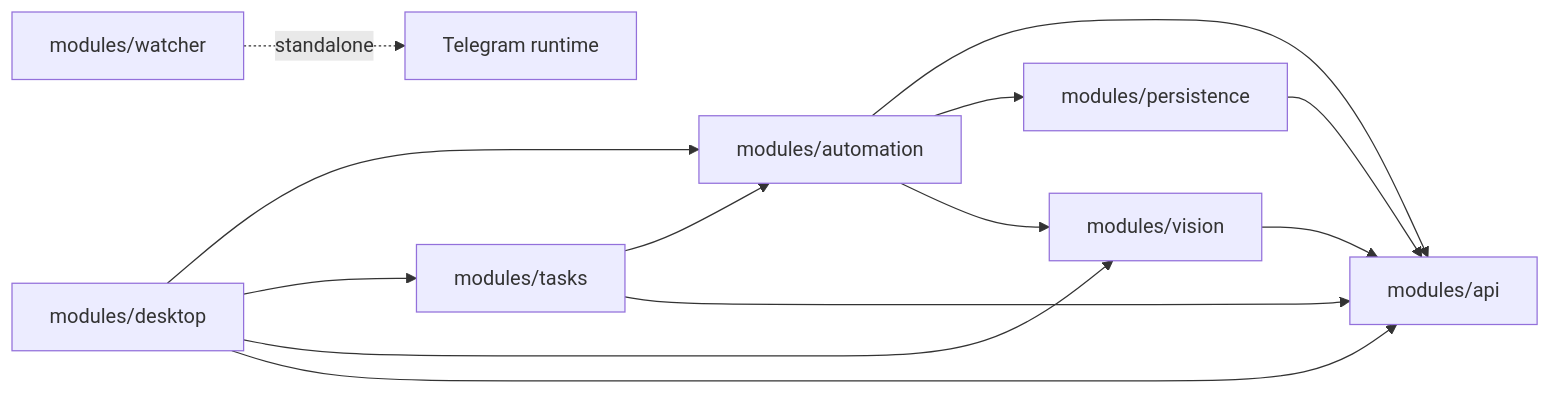
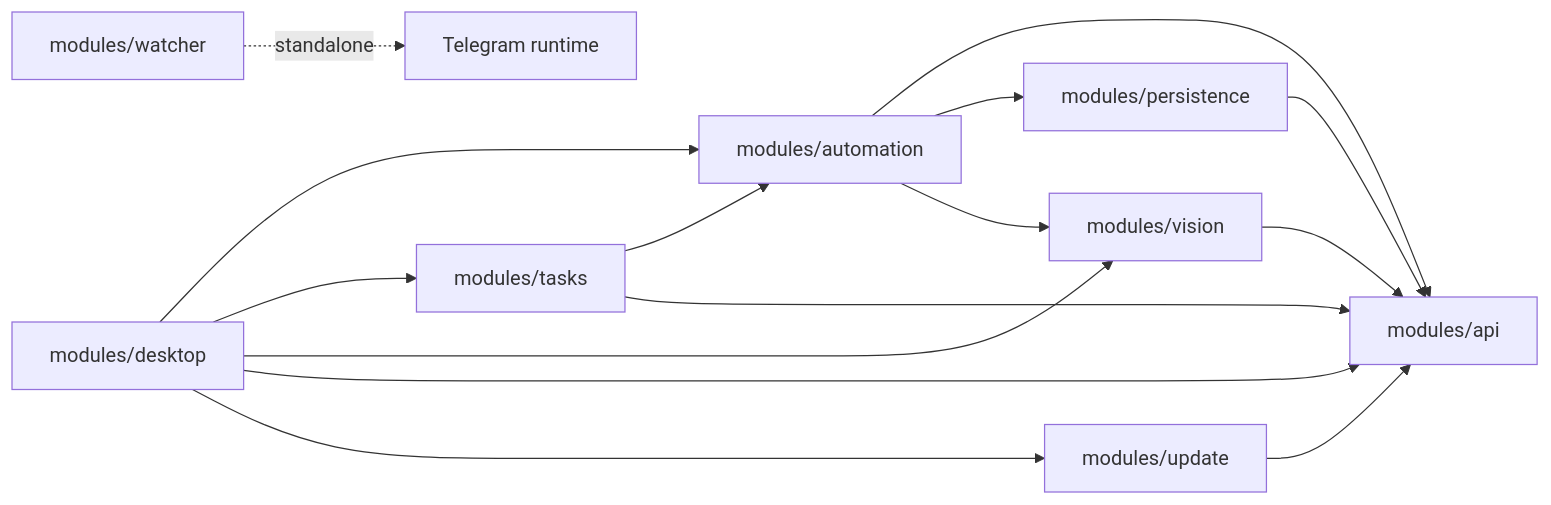
One commit to Privatexiao/wosbot changed the second of 4 diagrams in docs/architecture.md. Above: the diagram before and after it, drawn with Mermaid. The commit also changed other lines of this file and 59 other files, not shown here.

````diff
--- a/docs/architecture.md
+++ b/docs/architecture.md
@@ -33,18 +33,20 @@
 ```mermaid
 flowchart LR
     fg_app[modules/desktop] --> fg_engine[modules/automation]
     fg_app --> fg_tasks[modules/tasks]
     fg_app --> fg_vision[modules/vision]
     fg_app --> fg_api[modules/api]
+    fg_app --> fg_update[modules/update]
 
     fg_tasks --> fg_engine
     fg_tasks --> fg_api
 
     fg_engine --> fg_api
     fg_engine --> fg_data[modules/persistence]
     fg_engine --> fg_vision
 
     fg_data --> fg_api
     fg_vision --> fg_api
+    fg_update --> fg_api
     fg_watcher[modules/watcher] -. standalone .-> watcher_runtime[Telegram runtime]
 ```
````
